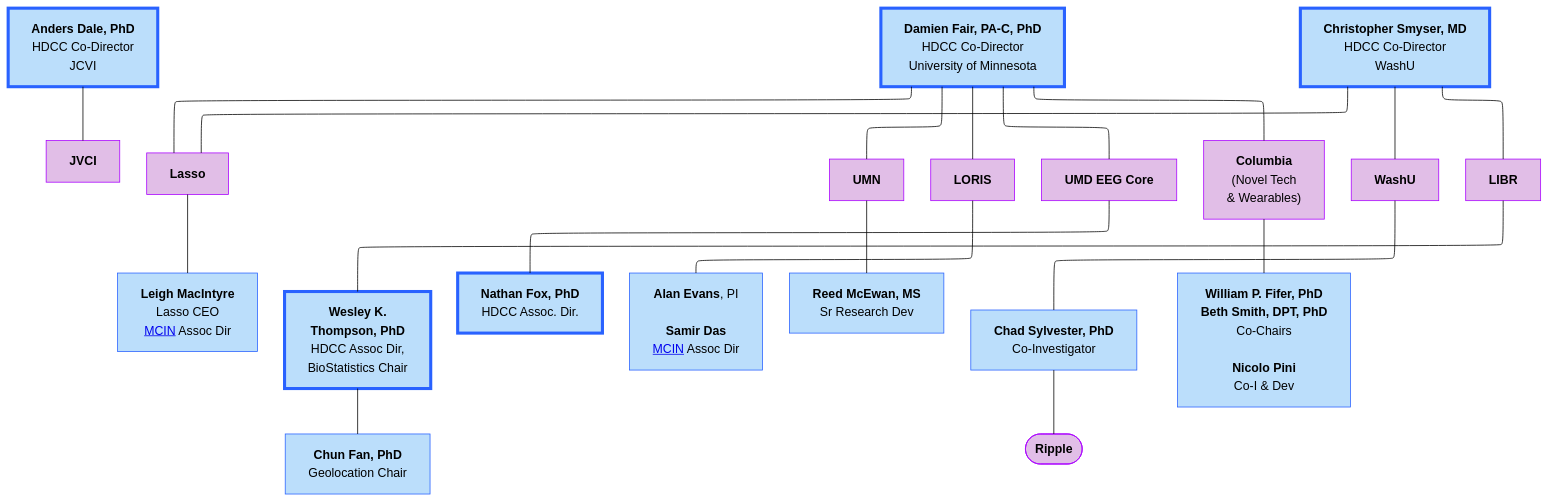
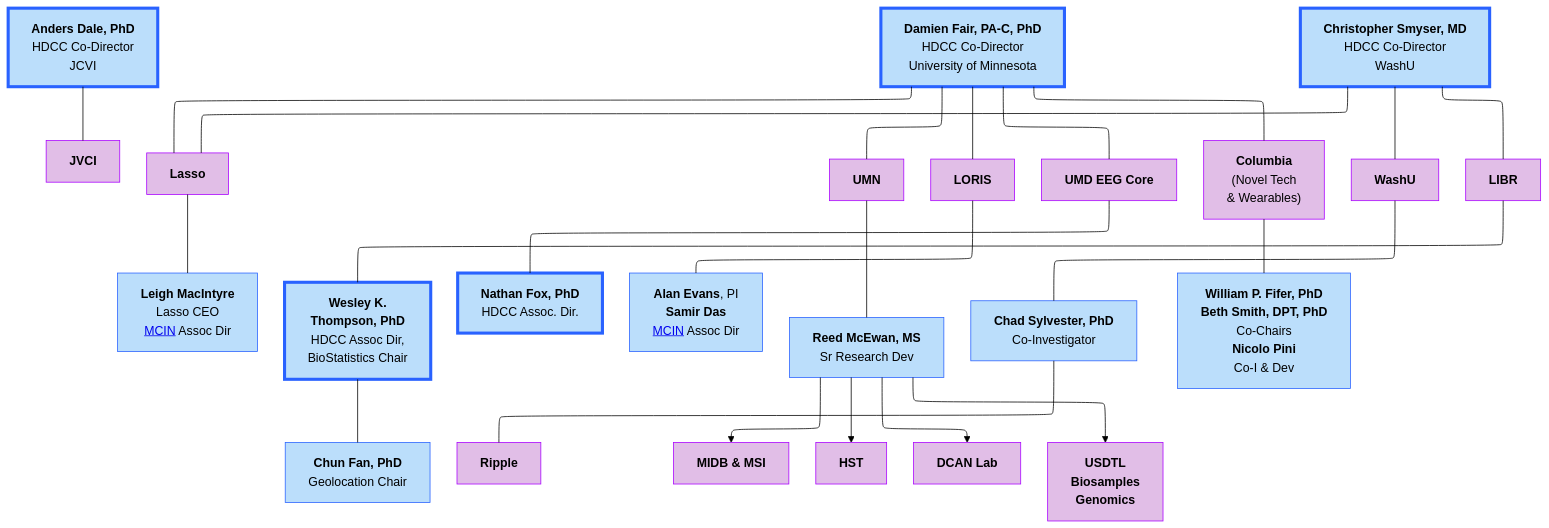
The first of 10 diagrams in docs/orgcharts.md (DCAN-Labs/hbcd-docs-internal), drawn with Mermaid (forest theme) before and after one commit.

Commit message:
add UMN groups to overview

````diff
--- a/docs/orgcharts.md
+++ b/docs/orgcharts.md
@@ -12,46 +12,52 @@
 ```mermaid
 ---
 config:
   layout: elk
 ---
 flowchart TB
     n2["<b>Anders Dale, PhD<br></b>HDCC Co-Director<br>JCVI"] --- jvci["<b>JVCI</b>"]
     E["<b>Damien Fair, PA-C, PhD</b><br>HDCC Co-Director<br>University of Minnesota"] --- lasso["<b>Lasso</b>"] & umn["<b>UMN</b>"] & n7["<b>LORIS</b>"] & n8["<b>UMD EEG Core</b>"] & n11["<b>Columbia</b><br>(Novel Tech<br>&amp; Wearables)"]
     lasso --- lasso1["<b>Leigh MacIntyre</b><br>Lasso CEO<br><a href="https://mcin.ca/about-mcin/" target="_blank">MCIN</a> Assoc Dir"]
     n1["<b>Christopher Smyser, MD<br></b>HDCC Co-Director<br>WashU"] --- n10["<b>WashU</b><br>"] & n12["<b>LIBR</b>"] & lasso
     n16["<b>Wesley K.<br>Thompson, PhD</b><br>HDCC Assoc Dir,<br>BioStatistics Chair"] --- n17["<b>Chun Fan, PhD</b><br>Geolocation Chair"]
     n12 --- n16
     n8 --- n19["<b>Nathan Fox, PhD<br></b>HDCC Assoc. Dir."]
-    n7 --- n20["<b>Alan Evans</b>, PI<br><br><b>Samir Das</b><br><a href="https://mcin.ca/about-mcin/" target="_blank">MCIN</a> Assoc Dir"]
+    n7 --- n20["<b>Alan Evans</b>, PI<br><b>Samir Das</b><br><a href="https://mcin.ca/about-mcin/" target="_blank">MCIN</a> Assoc Dir"]
     umn --- reed["<b>Reed McEwan, MS</b><br>Sr Research Dev"]
     n10 --- n22["<b>Chad Sylvester, PhD</b><br>Co-Investigator"]
-    n22 --- n24(["<b>Ripple</b>"])
-    n11 --- n18["<b>William P. Fifer, PhD</b><br><b>Beth Smith, DPT, PhD</b><br>Co-Chairs<br>
-    <b>Nicolo Pini<br></b>Co-I &amp; Dev"]
+    n22 --- n24["<b>Ripple</b>"]
+    n11 --- n18["<b>William P. Fifer, PhD</b><br><b>Beth Smith, DPT, PhD</b><br>Co-Chairs<br><b>Nicolo Pini<br></b>Co-I &amp; Dev"]
+    reed --> n25["<b>MIDB &amp; MSI</b>"] & n27["<b>HST</b>"] & n28["<b>DCAN Lab</b>"] & n29["<b>USDTL<br>Biosamples<br>Genomics</b>"]
     style n2 fill:#BBDEFB,stroke:#2962FF,stroke-width:4px
     style jvci fill:#E1BEE7,stroke:#AA00FF
     style E fill:#BBDEFB,stroke:#2962FF,stroke-width:4px
     style lasso fill:#E1BEE7,stroke:#AA00FF
     style umn fill:#E1BEE7,stroke:#AA00FF
     style n7 fill:#E1BEE7,stroke:#AA00FF
     style n8 fill:#E1BEE7,stroke:#AA00FF
     style n11 fill:#E1BEE7,stroke:#AA00FF
     style lasso1 fill:#BBDEFB,stroke:#2962FF
     style n1 fill:#BBDEFB,stroke:#2962FF,stroke-width:4px
     style n10 fill:#E1BEE7,stroke:#AA00FF
     style n12 fill:#E1BEE7,stroke:#AA00FF
     style n16 fill:#BBDEFB,stroke:#2962FF,stroke-width:4px
     style n17 fill:#BBDEFB,stroke:#2962FF
     style n19 fill:#BBDEFB,stroke:#2962FF,stroke-width:4px
     style n20 fill:#BBDEFB,stroke:#2962FF
     style reed fill:#BBDEFB,stroke:#2962FF
     style n22 fill:#BBDEFB,stroke:#2962FF
+    style n24 fill:#E1BEE7,stroke:#AA00FF
     style n18 fill:#BBDEFB,stroke:#2962FF
-    style n24 fill:#E1BEE7,stroke:#AA00FF
+    style n25 fill:#E1BEE7,stroke:#AA00FF
+    style n27 fill:#E1BEE7,stroke:#AA00FF
+    style n28 fill:#E1BEE7,stroke:#AA00FF
+    style n29 fill:#E1BEE7,stroke:#AA00FF
     click jvci "#j-craig-venter-institute"
     click lasso "#lasso"
     click umn "#university-of-minnesota"
     click n7 "#loris"
     click n8 "#umd-eeg-core"
     click n10 "#washu"
+    click n25 "#midb-informatics-hub-msi"
+    click n27 "#health-sciences-technology"
 ```
````
